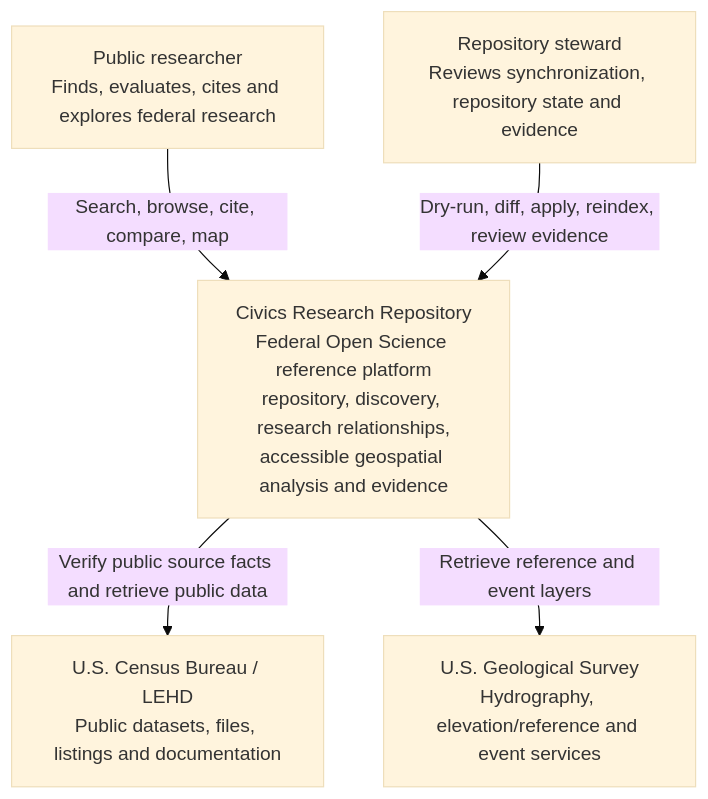
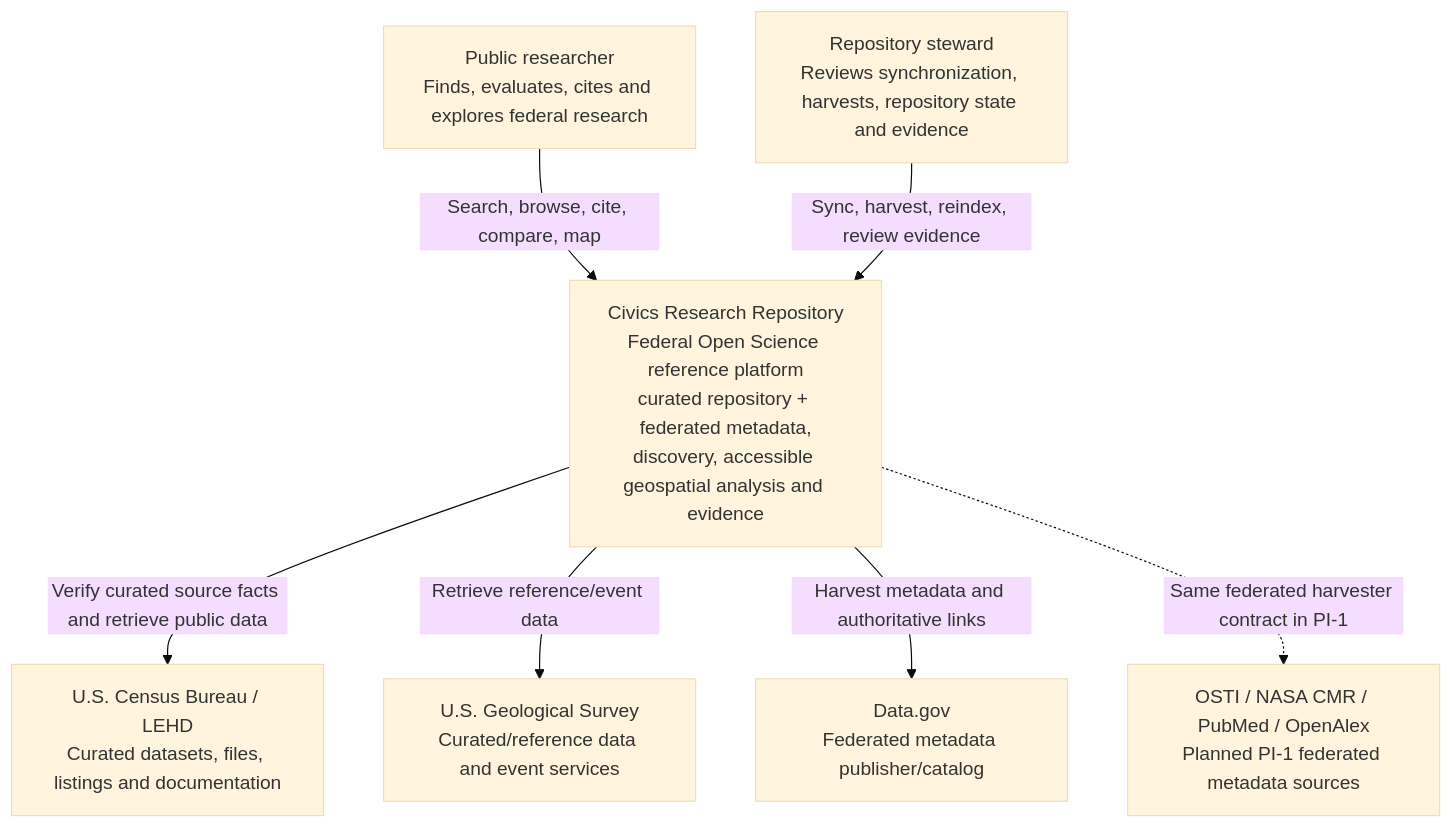
One commit to JeffreySanford/civics-research-repository changed the first of 9 diagrams in documentation/architecture-diagrams.md. Above: the diagram before and after it, drawn with Mermaid (base theme). The commit also changed other lines of this file, not shown here.

Commit message:
docs: update architecture diagrams for federated discovery

````diff
--- a/documentation/architecture-diagrams.md
+++ b/documentation/architecture-diagrams.md
@@ -7,15 +7,19 @@
 ```mermaid
 flowchart TB
     researcher["Public researcher<br/>Finds, evaluates, cites and explores federal research"]
-    steward["Repository steward<br/>Reviews synchronization, repository state and evidence"]
+    steward["Repository steward<br/>Reviews synchronization, harvests, repository state and evidence"]
 
-    crr["Civics Research Repository<br/>Federal Open Science reference platform<br/>repository, discovery, research relationships,<br/>accessible geospatial analysis and evidence"]
+    crr["Civics Research Repository<br/>Federal Open Science reference platform<br/>curated repository + federated metadata,<br/>discovery, accessible geospatial analysis and evidence"]
 
-    census["U.S. Census Bureau / LEHD<br/>Public datasets, files, listings and documentation"]
-    usgs["U.S. Geological Survey<br/>Hydrography, elevation/reference and event services"]
+    census["U.S. Census Bureau / LEHD<br/>Curated datasets, files, listings and documentation"]
+    usgs["U.S. Geological Survey<br/>Curated/reference data and event services"]
+    datagov["Data.gov<br/>Federated metadata publisher/catalog"]
+    future["OSTI / NASA CMR / PubMed / OpenAlex<br/>Planned PI-1 federated metadata sources"]
 
     researcher -->|Search, browse, cite, compare, map| crr
-    steward -->|Dry-run, diff, apply, reindex, review evidence| crr
-    crr -->|Verify public source facts and retrieve public data| census
-    crr -->|Retrieve reference and event layers| usgs
+    steward -->|Sync, harvest, reindex, review evidence| crr
+    crr -->|Verify curated source facts and retrieve public data| census
+    crr -->|Retrieve reference/event data| usgs
+    crr -->|Harvest metadata and authoritative links| datagov
+    crr -.->|Same federated harvester contract in PI-1| future
 ```
````
